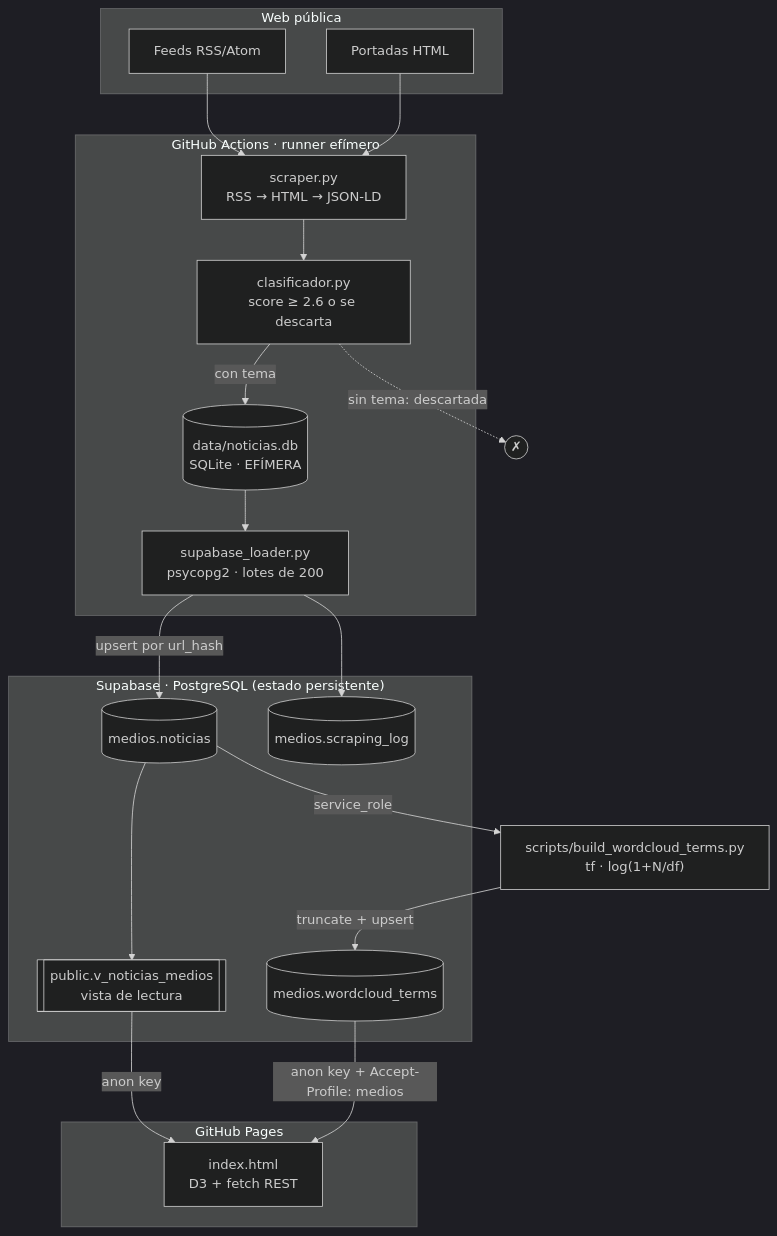
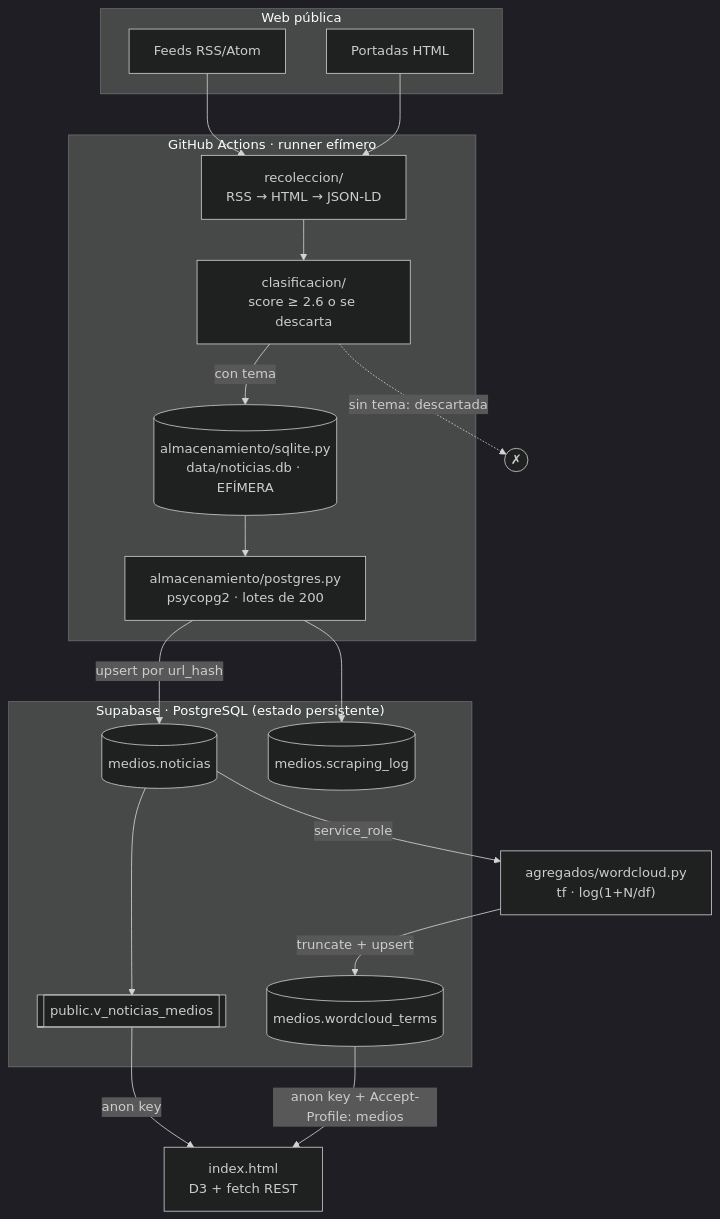
The second of 2 diagrams in ARQUITECTURA.md (Odesocan/medios-odesocan), drawn with Mermaid (dark theme) before and after one commit. The commit also changed other lines of this file and 41 other files, not shown here.

````diff
--- a/ARQUITECTURA.md
+++ b/ARQUITECTURA.md
@@ -88,41 +154,38 @@
 ```mermaid
 flowchart TD
     subgraph externo["Web pública"]
         RSS[Feeds RSS/Atom]
         HTML[Portadas HTML]
     end
 
     subgraph runner["GitHub Actions · runner efímero"]
-        SCR["scraper.py<br/>RSS → HTML → JSON-LD"]
-        SQLITE[("data/noticias.db<br/>SQLite · EFÍMERA")]
-        CLA["clasificador.py<br/>score ≥ 2.6 o se descarta"]
-        LOAD["supabase_loader.py<br/>psycopg2 · lotes de 200"]
+        SCR["recoleccion/<br/>RSS → HTML → JSON-LD"]
+        CLA["clasificacion/<br/>score ≥ 2.6 o se descarta"]
+        SQLITE[("almacenamiento/sqlite.py<br/>data/noticias.db · EFÍMERA")]
+        LOAD["almacenamiento/postgres.py<br/>psycopg2 · lotes de 200"]
     end
 
     subgraph supa["Supabase · PostgreSQL (estado persistente)"]
         NOT[("medios.noticias")]
         LOG[("medios.scraping_log")]
-        VIEW[["public.v_noticias_medios<br/>vista de lectura"]]
+        VIEW[["public.v_noticias_medios"]]
         WCT[("medios.wordcloud_terms")]
     end
 
-    subgraph pages["GitHub Pages"]
-        IDX["index.html<br/>D3 + fetch REST"]
-    end
-
-    WCB["scripts/build_wordcloud_terms.py<br/>tf · log(1+N/df)"]
+    IDX["index.html<br/>D3 + fetch REST"]
+    WCB["agregados/wordcloud.py<br/>tf · log(1+N/df)"]
 
     RSS --> SCR
     HTML --> SCR
     SCR --> CLA
     CLA -->|con tema| SQLITE
     CLA -.sin tema: descartada.-> X((✗))
     SQLITE --> LOAD
     LOAD -->|upsert por url_hash| NOT
     LOAD --> LOG
     NOT --> VIEW
     NOT -->|service_role| WCB
     WCB -->|truncate + upsert| WCT
     VIEW -->|anon key| IDX
     WCT -->|anon key + Accept-Profile: medios| IDX
 ```
````
